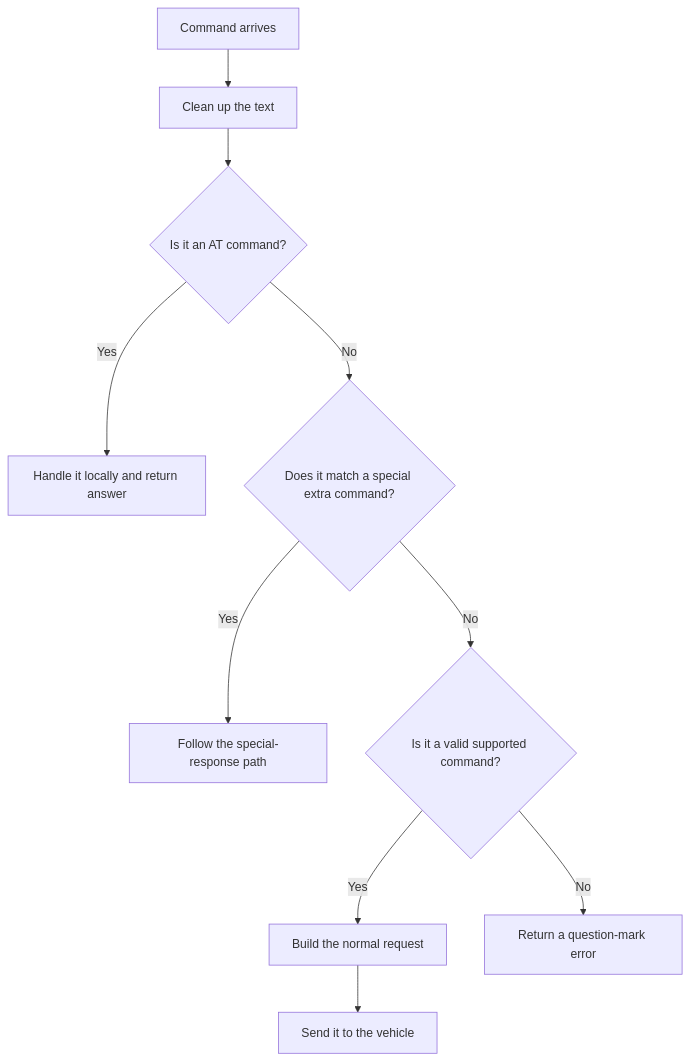
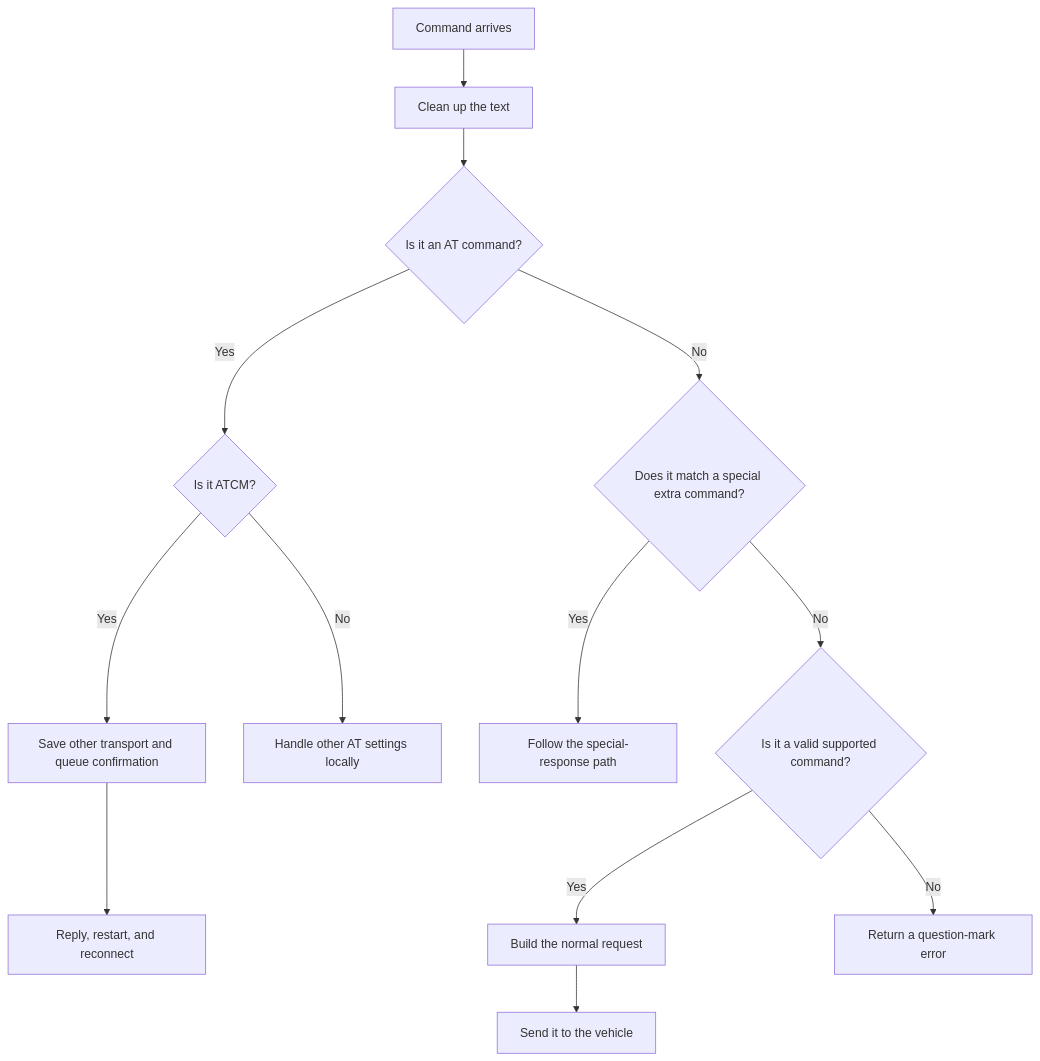
The sixth of 7 diagrams in OBD_BLE_FreeRTOS_C/flowchart_simple.md (ASTI-ITS/ITS-test), drawn with Mermaid before and after one commit. The commit also changed other lines of this file and 1 other file, not shown here.

Commit message:
updated flowcharts to reflect change mode

````diff
--- a/OBD_BLE_FreeRTOS_C/flowchart_simple.md
+++ b/OBD_BLE_FreeRTOS_C/flowchart_simple.md
@@ -134,12 +128,15 @@
 ```mermaid
 graph TD
     A[Command arrives] --> B[Clean up the text]
     B --> C{Is it an AT command?}
-    C -- Yes --> D[Handle it locally and return answer]
-    C -- No --> E{Does it match a special extra command?}
-    E -- Yes --> F[Follow the special-response path]
-    E -- No --> H{Is it a valid supported command?}
-    H -- Yes --> I[Build the normal request]
-    I --> J[Send it to the vehicle]
-    H -- No --> K[Return a question-mark error]
+    C -- Yes --> D{Is it ATCM?}
+    D -- Yes --> E[Save other transport and queue confirmation]
+    E --> F[Reply, restart, and reconnect]
+    D -- No --> G[Handle other AT settings locally]
+    C -- No --> H{Does it match a special extra command?}
+    H -- Yes --> I[Follow the special-response path]
+    H -- No --> J{Is it a valid supported command?}
+    J -- Yes --> K[Build the normal request]
+    K --> L[Send it to the vehicle]
+    J -- No --> M[Return a question-mark error]
 ```
````
